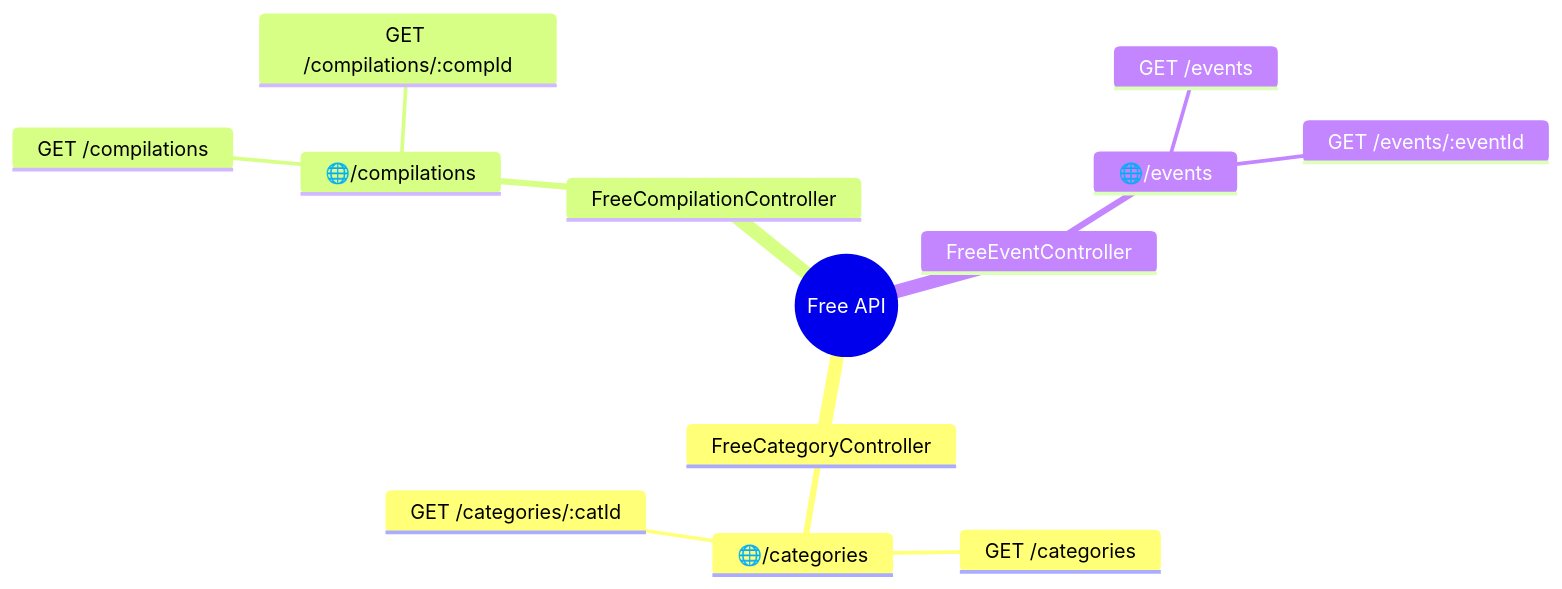
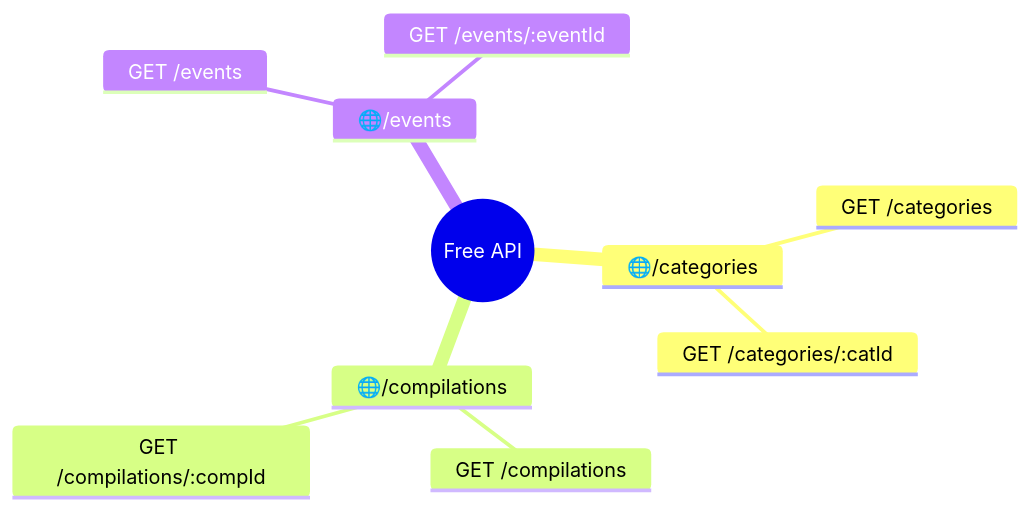
The first of 4 diagrams in readme.md (AleksOBM/java-explore-with-me-plus), drawn with Mermaid before and after one commit. The commit also changed other lines of this file, not shown here.

````diff
--- a/readme.md
+++ b/readme.md
@@ -43,16 +43,13 @@
 ```mermaid
 mindmap
   root((Free API))
-    FreeCategoryController
       🌐/categories
         GET /categories
         GET /categories/:catId
-    FreeCompilationController
       🌐/compilations
         GET /compilations
         GET /compilations/:compId
-    FreeEventController
       🌐/events
         GET /events
         GET /events/:eventId
 ```
````
